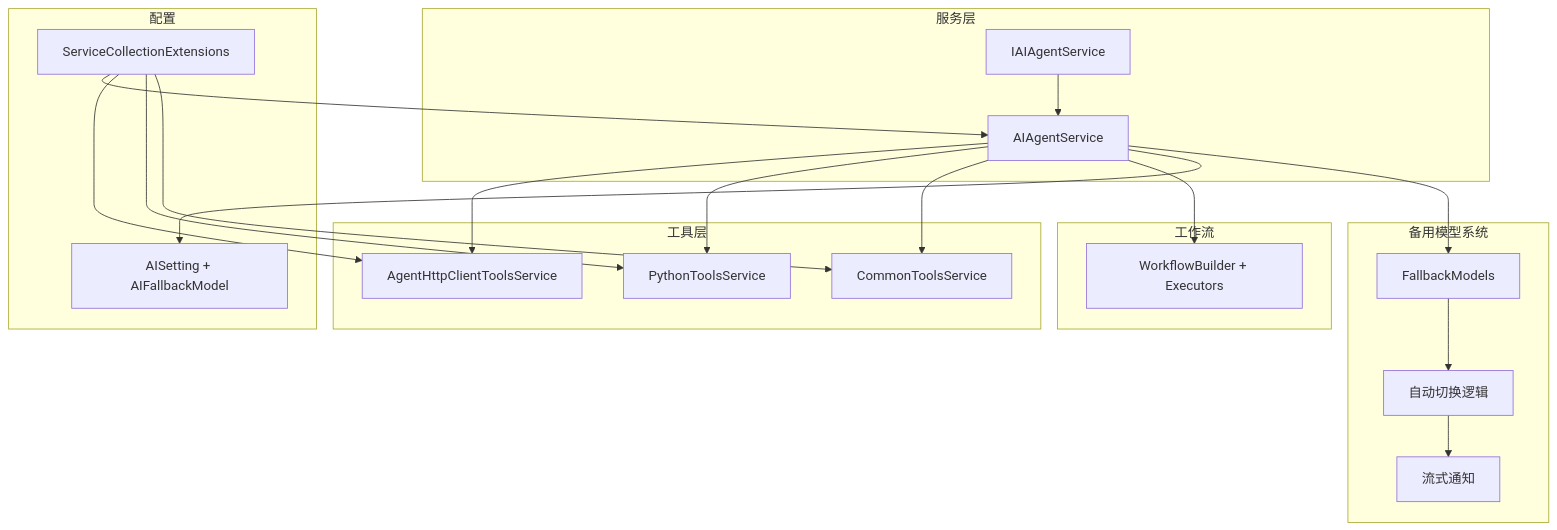
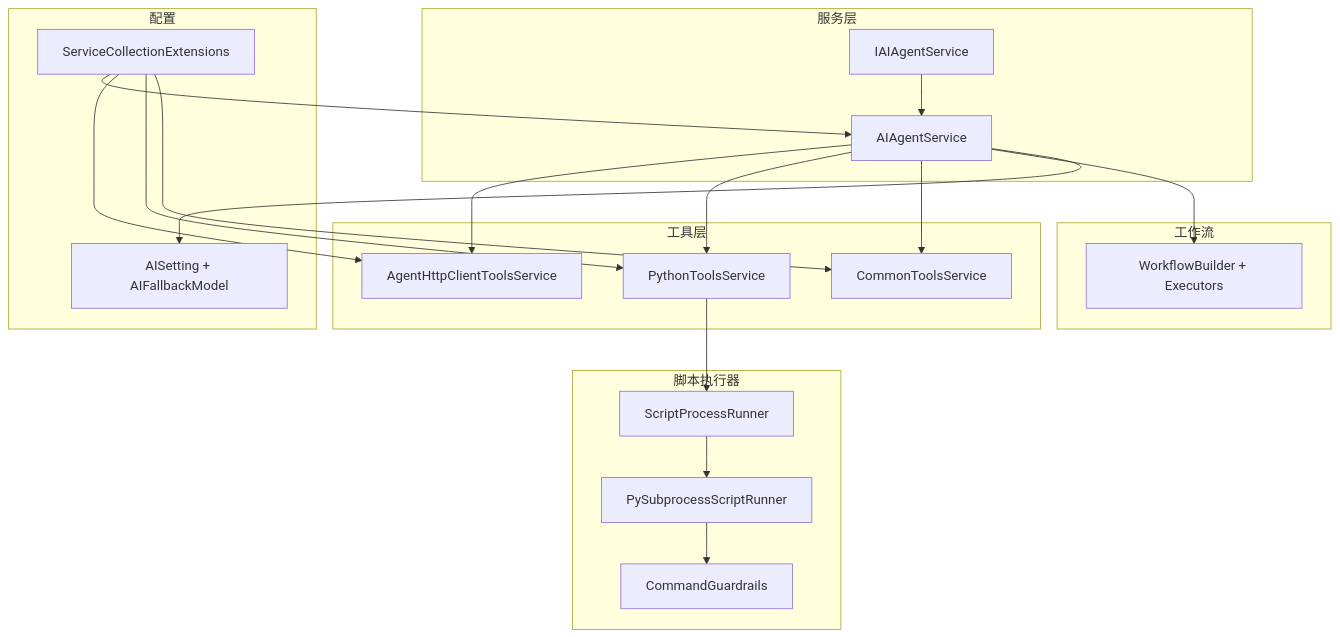
Before and after one commit to junkai-li/NetCoreKevin: the first of 7 diagrams in .qoder/repowiki/zh/content/AI智能体/AgentFramework集成.md, drawn with Mermaid. The commit also changed other lines of this file and 40 other files, not shown here.

````diff
--- a/.qoder/repowiki/zh/content/AI智能体/AgentFramework集成.md
+++ b/.qoder/repowiki/zh/content/AI智能体/AgentFramework集成.md
@@ -54,37 +61,37 @@
 ```mermaid
 graph TB
 subgraph "服务层"
 Svc["AIAgentService"]
 IFace["IAIAgentService"]
 end
 subgraph "工具层"
 HttpTool["AgentHttpClientToolsService"]
 PyTool["PythonToolsService"]
 CommonTool["CommonToolsService"]
 end
+subgraph "脚本执行器"
+SPR["ScriptProcessRunner"]
+PSR["PySubprocessScriptRunner"]
+CG["CommandGuardrails"]
+end
 subgraph "工作流"
 WF["WorkflowBuilder + Executors"]
 end
 subgraph "配置"
 Cfg["AISetting + AIFallbackModel"]
 DI["ServiceCollectionExtensions"]
 end
-subgraph "备用模型系统"
-FB["FallbackModels"]
-AS["自动切换逻辑"]
-SN["流式通知"]
-end
 IFace --> Svc
 Svc --> HttpTool
 Svc --> PyTool
 Svc --> CommonTool
+PyTool --> SPR
+SPR --> PSR
+PSR --> CG
 Svc --> WF
 Svc --> Cfg
-Svc --> FB
-FB --> AS
-AS --> SN
 DI --> Svc
 DI --> HttpTool
 DI --> PyTool
 DI --> CommonTool
 ```
````
